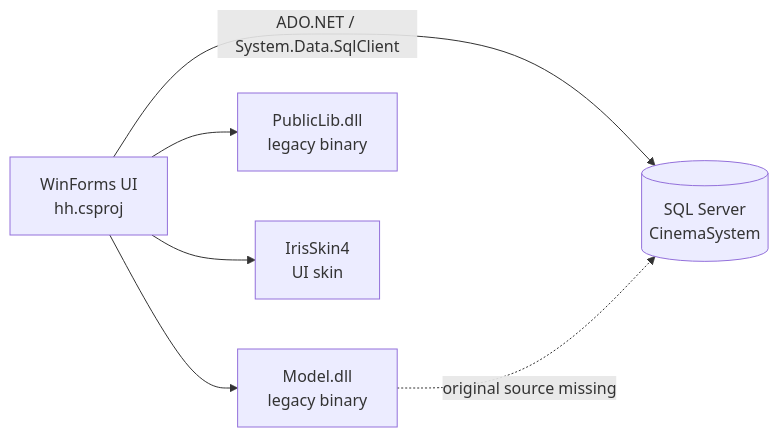
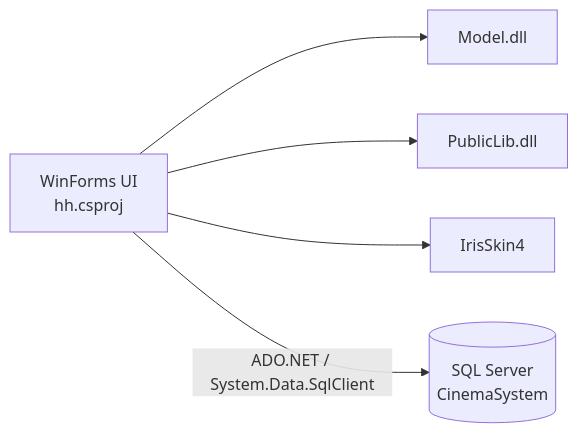
Before and after one commit to Vertero/-Cinema-Booking-System: the third of 3 diagrams in README.md, drawn with Mermaid. The commit also changed other lines of this file, not shown here.

````diff
--- a/README.md
+++ b/README.md
@@ -71,14 +71,13 @@
 ```mermaid
 flowchart LR
     UI["WinForms UI<br/>hh.csproj"]
-    MODEL["Model.dll<br/>legacy binary"]
-    LIB["PublicLib.dll<br/>legacy binary"]
-    SKIN["IrisSkin4<br/>UI skin"]
+    MODEL["Model.dll"]
+    LIB["PublicLib.dll"]
+    SKIN["IrisSkin4"]
     DB[("SQL Server<br/>CinemaSystem")]
 
     UI --> MODEL
     UI --> LIB
     UI --> SKIN
     UI -->|ADO.NET / System.Data.SqlClient| DB
-    MODEL -. original source missing .-> DB
 ```
````
